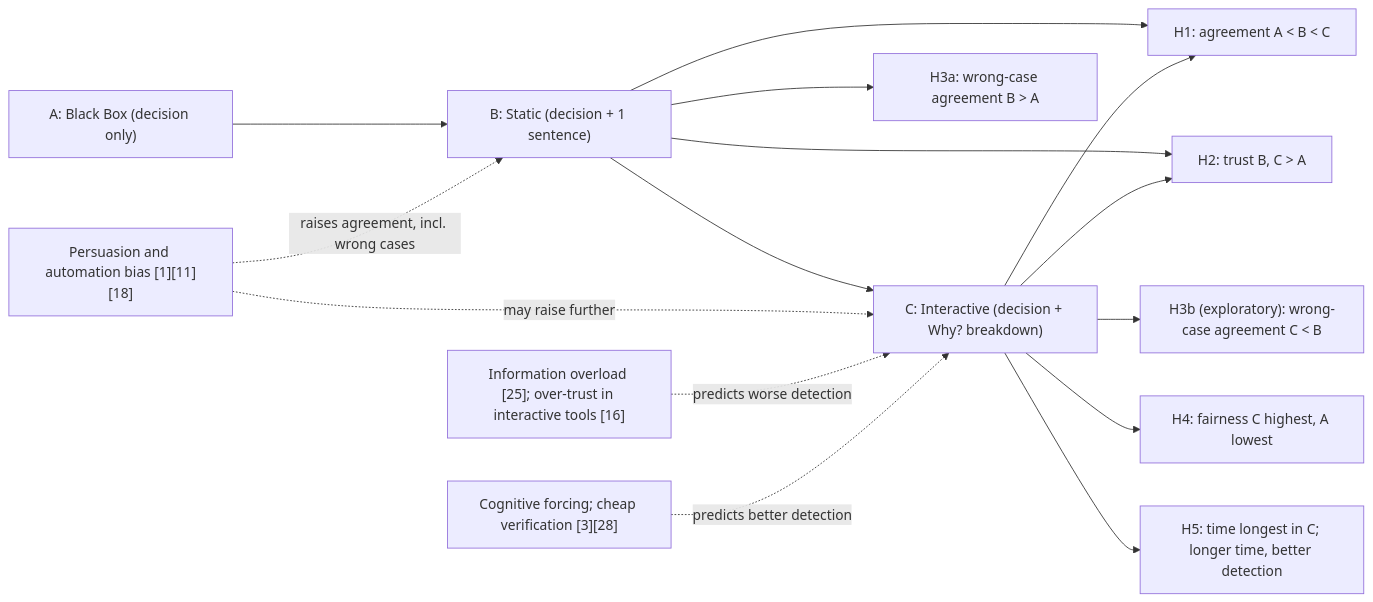
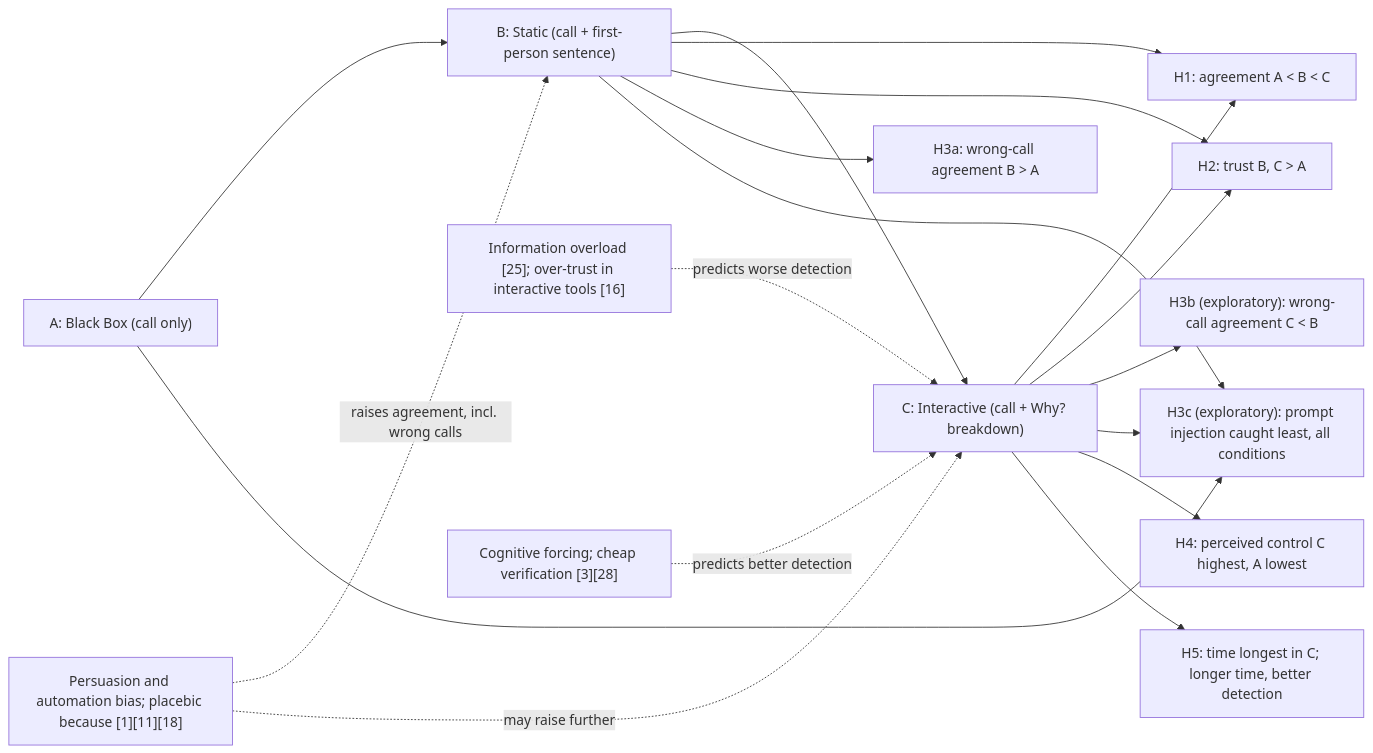
Before and after one commit to bibekgupta3333/HCI: the third of 4 diagrams in docs/ai-design.md, drawn with Mermaid. The commit also changed other lines of this file and 10 other files, not shown here.

````diff
--- a/docs/ai-design.md
+++ b/docs/ai-design.md
@@ -216,23 +238,26 @@
 ```mermaid
 flowchart LR
-    A["A: Black Box (decision only)"] --> B["B: Static (decision + 1 sentence)"]
-    B --> C["C: Interactive (decision + Why? breakdown)"]
+    A["A: Black Box (call only)"] --> B["B: Static (call + first-person sentence)"]
+    B --> C["C: Interactive (call + Why? breakdown)"]
 
-    P1["Persuasion and automation bias [1][11][18]"]
+    P1["Persuasion and automation bias; placebic because [1][11][18]"]
     P2["Information overload [25]; over-trust in interactive tools [16]"]
     P3["Cognitive forcing; cheap verification [3][28]"]
 
-    P1 -. "raises agreement, incl. wrong cases" .-> B
+    P1 -. "raises agreement, incl. wrong calls" .-> B
     P1 -. "may raise further" .-> C
     P2 -. "predicts worse detection" .-> C
     P3 -. "predicts better detection" .-> C
 
     B --> H1["H1: agreement A < B < C"]
     C --> H1
     B --> H2["H2: trust B, C > A"]
     C --> H2
-    B --> H3a["H3a: wrong-case agreement B > A"]
-    C --> H3b["H3b (exploratory): wrong-case agreement C < B"]
-    C --> H4["H4: fairness C highest, A lowest"]
+    B --> H3a["H3a: wrong-call agreement B > A"]
+    C --> H3b["H3b (exploratory): wrong-call agreement C < B"]
+    A --> H3c["H3c (exploratory): prompt injection caught least, all conditions"]
+    B --> H3c
+    C --> H3c
+    C --> H4["H4: perceived control C highest, A lowest"]
     C --> H5["H5: time longest in C; longer time, better detection"]
 ```
````
